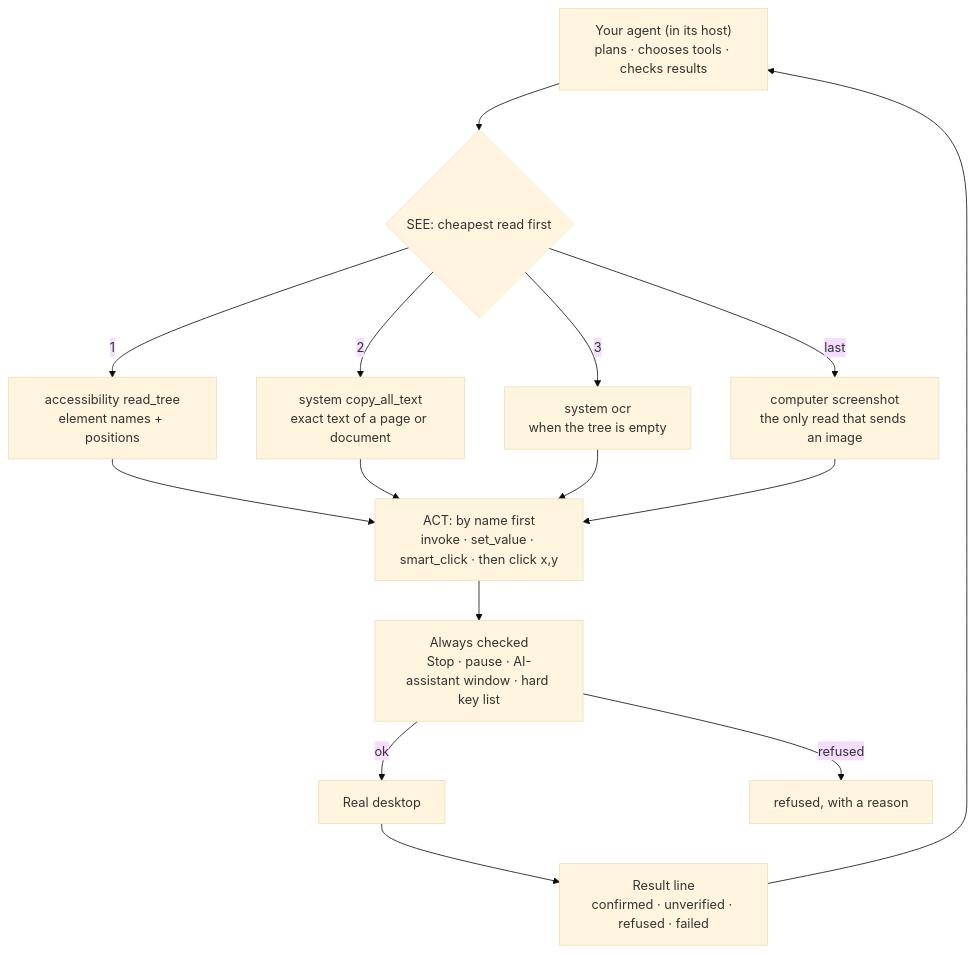
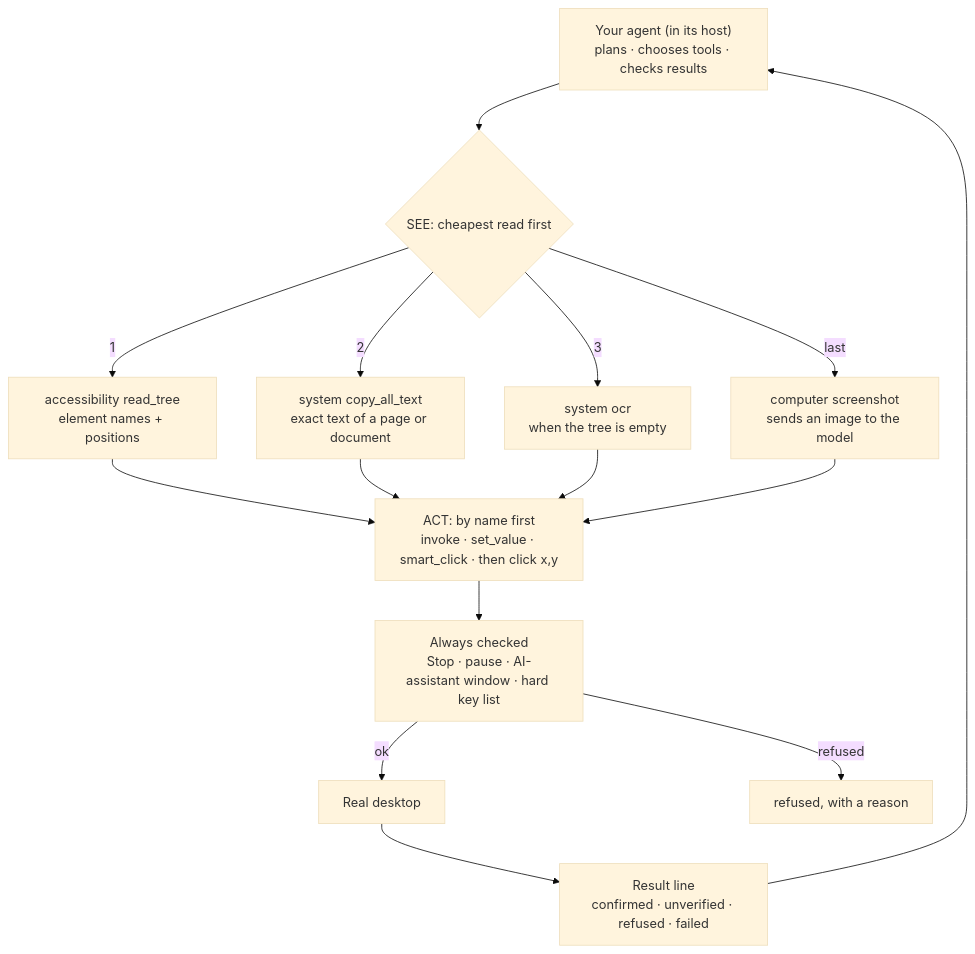
The diagram in README.md (AmrDab/clawdcursor), drawn with Mermaid (base theme) before and after one commit. The commit also changed other lines of this file and 6 other files, not shown here.

````diff
--- a/README.md
+++ b/README.md
@@ -209,21 +217,21 @@
 ```mermaid
 flowchart TB
     agent["Your agent (in its host)<br/>plans · chooses tools · checks results"] --> see{"SEE: cheapest read first"}
 
     see -- "1" --> tree["accessibility read_tree<br/>element names + positions"]
     see -- "2" --> text["system copy_all_text<br/>exact text of a page or document"]
     see -- "3" --> ocr["system ocr<br/>when the tree is empty"]
-    see -- "last" --> shot["computer screenshot<br/>the only read that sends an image"]
+    see -- "last" --> shot["computer screenshot<br/>sends an image to the model"]
 
     tree --> act
     text --> act
     ocr --> act
     shot --> act
 
     act["ACT: by name first<br/>invoke · set_value · smart_click · then click x,y"] --> guards
     guards["Always checked<br/>Stop · pause · AI-assistant window · hard key list"] -- ok --> desktop["Real desktop"]
     guards -- refused --> refused["refused, with a reason"]
 
     desktop --> result["Result line<br/>confirmed · unverified · refused · failed"]
     result --> agent
 ```
````
